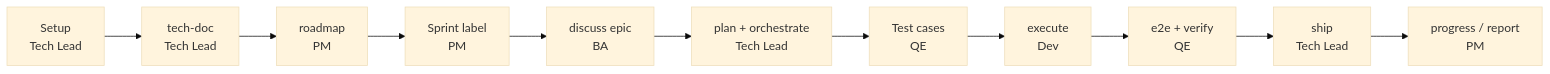
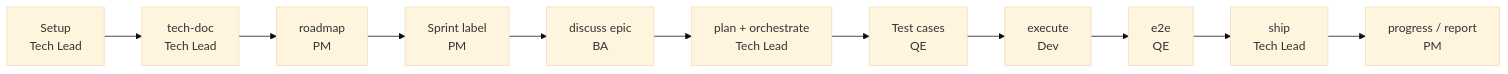
One commit to giangdhwhtbr/gin-workflow changed the diagram in docs/starters/brownfield-walkthrough.md. Above: the diagram before and after it, drawn with Mermaid (base theme). The commit also changed other lines of this file and 35 other files, not shown here.

````diff
--- a/docs/starters/brownfield-walkthrough.md
+++ b/docs/starters/brownfield-walkthrough.md
@@ -43,13 +43,13 @@
 ```mermaid
 flowchart LR
   A["Setup<br/>Tech Lead"] --> B["tech-doc<br/>Tech Lead"]
   B --> C["roadmap<br/>PM"]
   C --> D["Sprint label<br/>PM"]
   D --> E["discuss epic<br/>BA"]
   E --> F["plan + orchestrate<br/>Tech Lead"]
   F --> G["Test cases<br/>QE"]
   G --> H["execute<br/>Dev"]
-  H --> I["e2e + verify<br/>QE"]
+  H --> I["e2e<br/>QE"]
   I --> J["ship<br/>Tech Lead"]
   J --> K["progress / report<br/>PM"]
 ```
````
